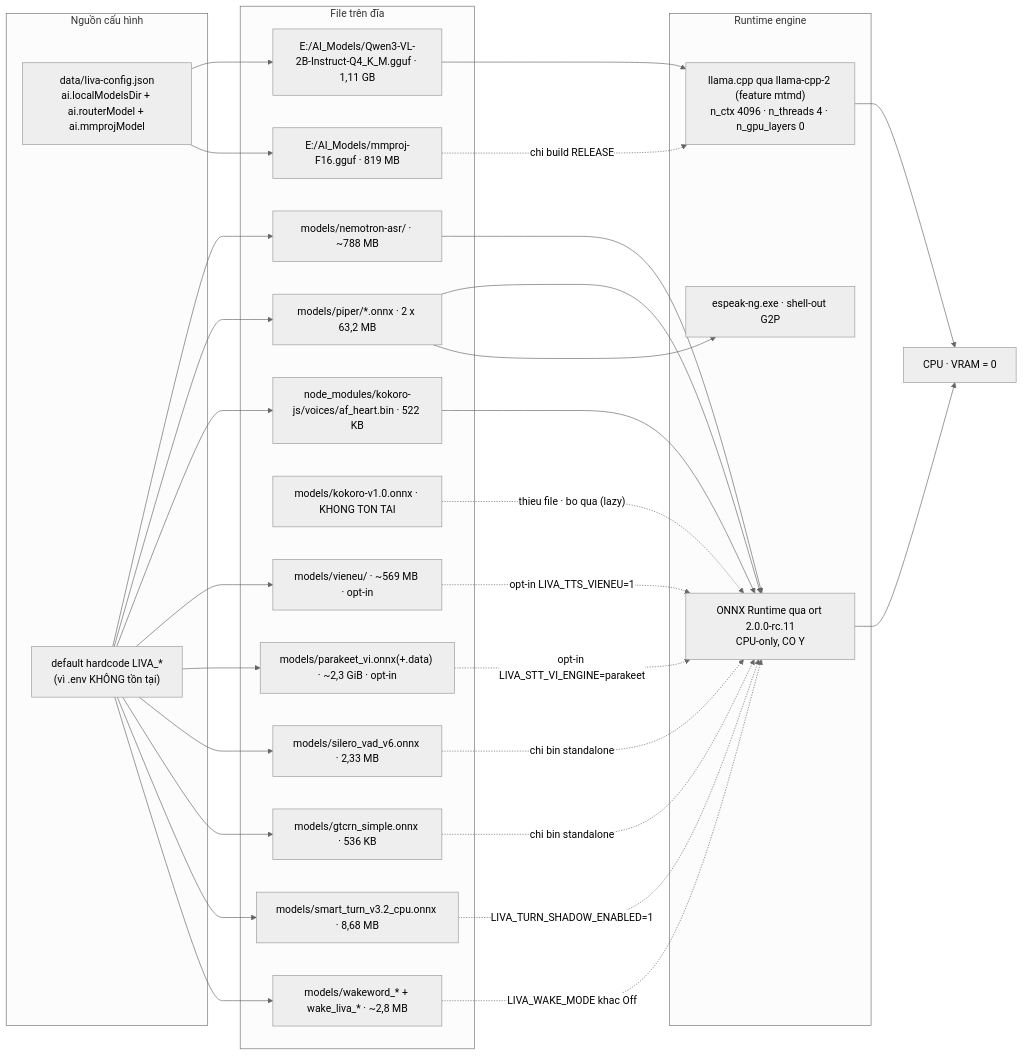
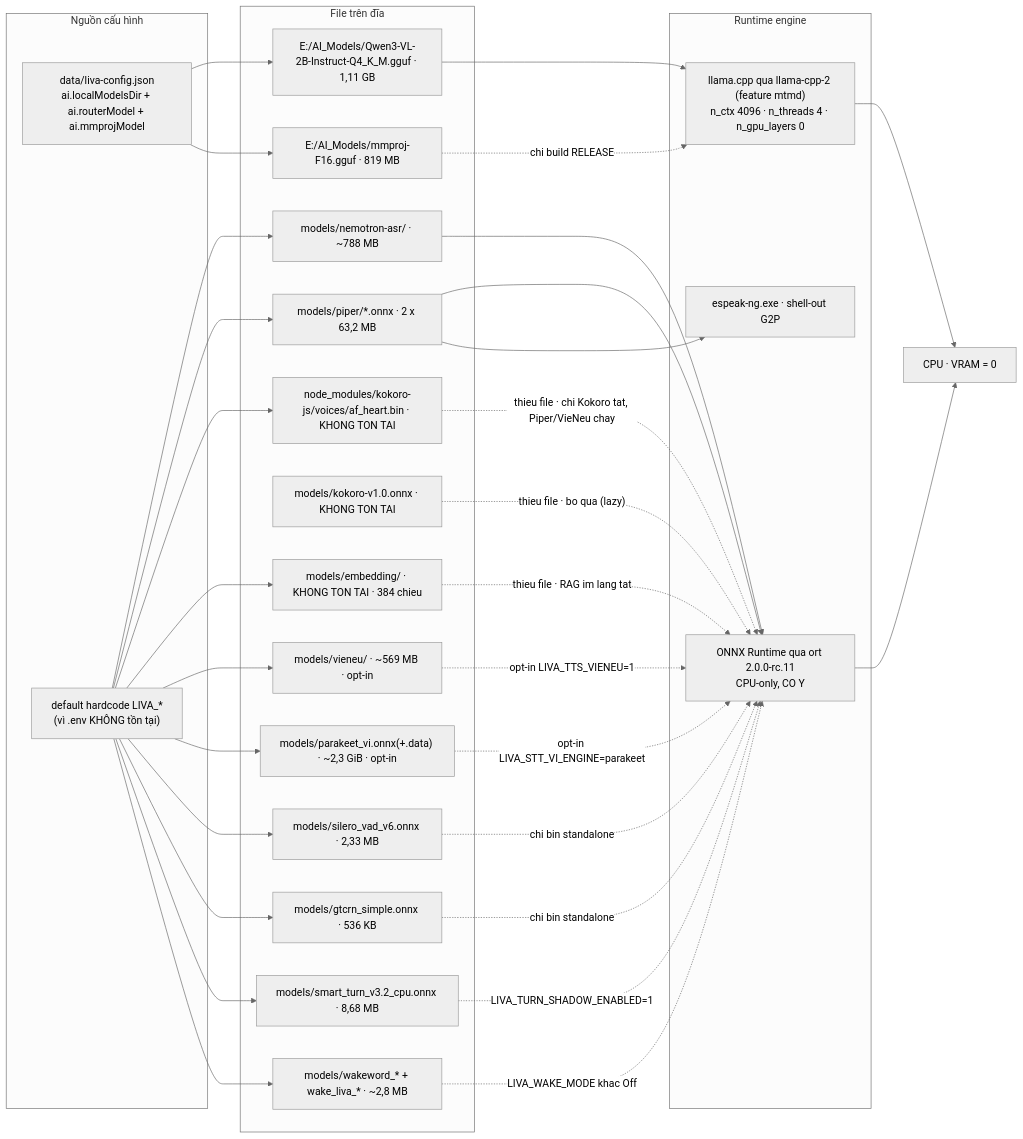
Before and after one commit to DuongNAD/LIVA: the diagram in docs/02-van-hanh/02-mo-hinh-ai-va-tai-nguyen.md, drawn with Mermaid (neutral theme). The commit also changed other lines of this file and 11 other files, not shown here.

````diff
--- a/docs/02-van-hanh/02-mo-hinh-ai-va-tai-nguyen.md
+++ b/docs/02-van-hanh/02-mo-hinh-ai-va-tai-nguyen.md
@@ -133,57 +134,60 @@
 ```mermaid
 flowchart LR
   subgraph SRC["Nguồn cấu hình"]
     CFG["data/liva-config.json<br/>ai.localModelsDir + ai.routerModel + ai.mmprojModel"]
     ENVD["default hardcode LIVA_*<br/>(vì .env KHÔNG tồn tại)"]
   end
 
   subgraph FILES["File trên đĩa"]
     GGUF["E:/AI_Models/Qwen3-VL-2B-Instruct-Q4_K_M.gguf · 1,11 GB"]
     MMP["E:/AI_Models/mmproj-F16.gguf · 819 MB"]
     NEMO["models/nemotron-asr/ · ~788 MB"]
     PIPER["models/piper/*.onnx · 2 x 63,2 MB"]
-    KOKV["node_modules/kokoro-js/voices/af_heart.bin · 522 KB"]
+    KOKV["node_modules/kokoro-js/voices/af_heart.bin · KHONG TON TAI"]
     KOK["models/kokoro-v1.0.onnx · KHONG TON TAI"]
+    EMB["models/embedding/ · KHONG TON TAI · 384 chieu"]
     VIE["models/vieneu/ · ~569 MB · opt-in"]
     PARA["models/parakeet_vi.onnx(+.data) · ~2,3 GiB · opt-in"]
     SVAD["models/silero_vad_v6.onnx · 2,33 MB"]
     GTC["models/gtcrn_simple.onnx · 536 KB"]
     TURN["models/smart_turn_v3.2_cpu.onnx · 8,68 MB"]
     WAKE["models/wakeword_* + wake_liva_* · ~2,8 MB"]
   end
 
   subgraph RT["Runtime engine"]
     LLAMA["llama.cpp qua llama-cpp-2 (feature mtmd)<br/>n_ctx 4096 · n_threads 4 · n_gpu_layers 0"]
     ORT["ONNX Runtime qua ort 2.0.0-rc.11<br/>CPU-only, CO Y"]
     ESPK["espeak-ng.exe · shell-out G2P"]
   end
 
   CFG --> GGUF
   CFG --> MMP
   ENVD --> NEMO
   ENVD --> PIPER
   ENVD --> KOKV
+  ENVD --> EMB
   ENVD --> VIE
   ENVD --> PARA
   ENVD --> SVAD
   ENVD --> GTC
   ENVD --> TURN
   ENVD --> WAKE
 
   GGUF --> LLAMA
   MMP -.->|"chi build RELEASE"| LLAMA
   NEMO --> ORT
   PIPER --> ORT
-  KOKV --> ORT
+  KOKV -.->|"thieu file · chi Kokoro tat, Piper/VieNeu chay"| ORT
   KOK -.->|"thieu file · bo qua (lazy)"| ORT
+  EMB -.->|"thieu file · RAG im lang tat"| ORT
   VIE -.->|"opt-in LIVA_TTS_VIENEU=1"| ORT
   PARA -.->|"opt-in LIVA_STT_VI_ENGINE=parakeet"| ORT
   SVAD -.->|"chi bin standalone"| ORT
   GTC -.->|"chi bin standalone"| ORT
   TURN -.->|"LIVA_TURN_SHADOW_ENABLED=1"| ORT
   WAKE -.->|"LIVA_WAKE_MODE khac Off"| ORT
 
   PIPER --> ESPK
   LLAMA --> CPUD["CPU · VRAM = 0"]
   ORT --> CPUD
 ```
````
